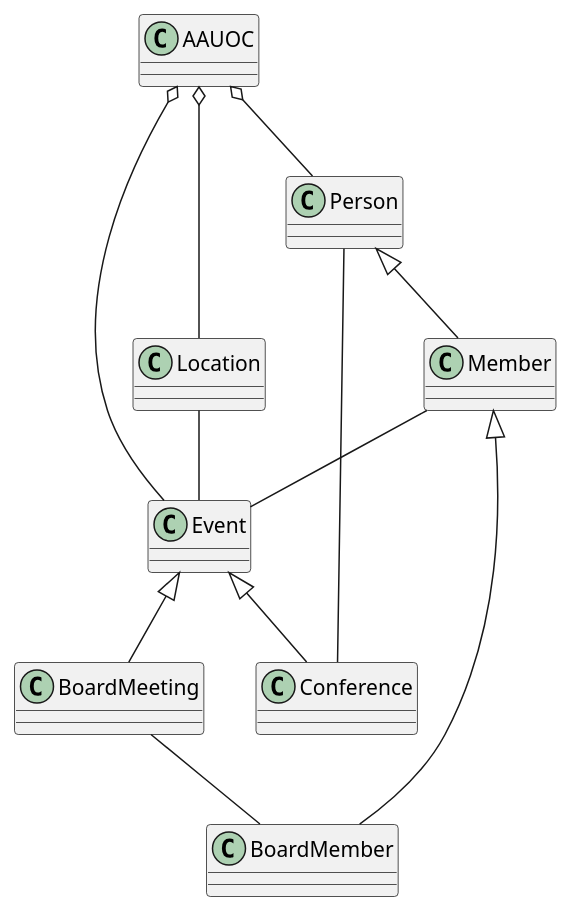
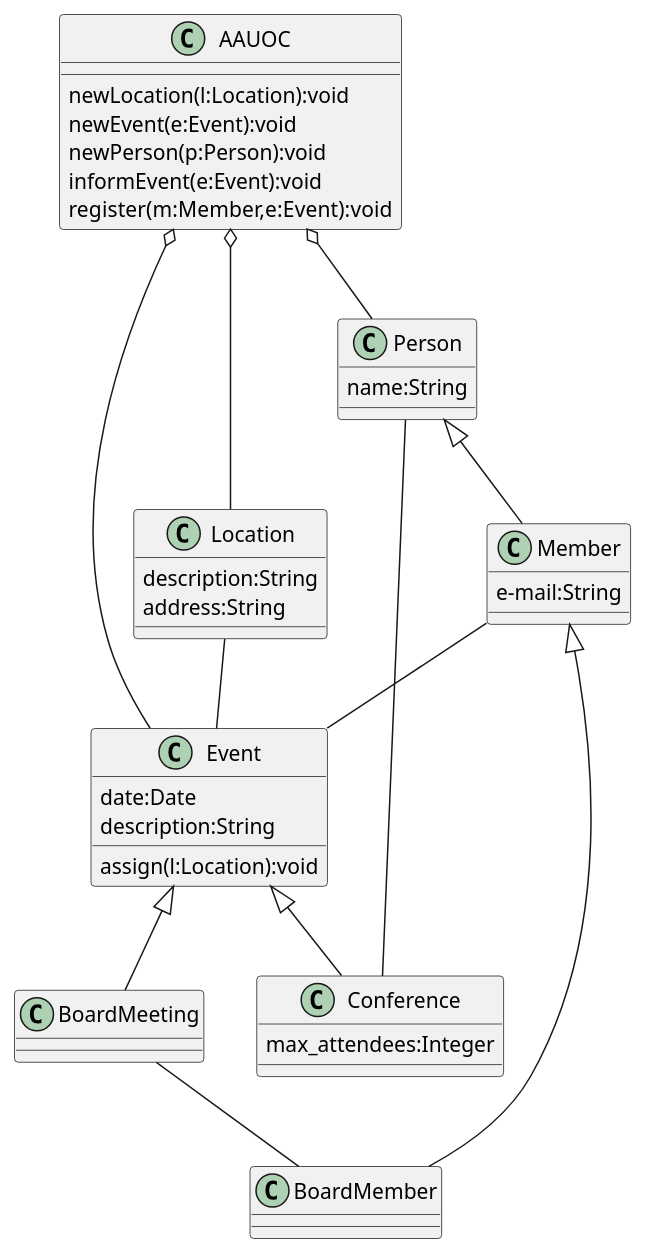
The diagram in src/UMLJorgeSelva.puml (laquecu/UMLClasesJorgeSelva), drawn with PlantUML before and after one commit.

Commit message:
Añadimos los atributos y metodos de las clases

```diff
--- a/src/UMLJorgeSelva.puml
+++ b/src/UMLJorgeSelva.puml
@@ -1,22 +1,42 @@
 @startuml
-class Event {}
-class Conference {}
+class Event {
+date:Date
+assign(l:Location):void
+description:String
+}
+class Conference {
+max_attendees:Integer
+}
 class BoardMeeting {}
 Event<|-- Conference
 Event<|-- BoardMeeting
-class Person {}
-class Member {}
+class Person {
+name:String
+}
+class Member {
+e-mail:String
+}
 class BoardMember {}
 Person<|-- Member
 Member<|-- BoardMember
-class AAUOC {}
-class Location {}
+class AAUOC {
+newLocation(l:Location):void
+newEvent(e:Event):void
+newPerson(p:Person):void
+informEvent(e:Event):void
+register(m:Member,e:Event):void
+}
+class Location {
+description:String
+address:String
+}
 AAUOC o-- Event
 AAUOC o-- Location
 AAUOC o-- Person
 Person -- Conference
 Location -- Event
 Member -- Event
 BoardMeeting -- BoardMember
 
+
 @enduml
```
